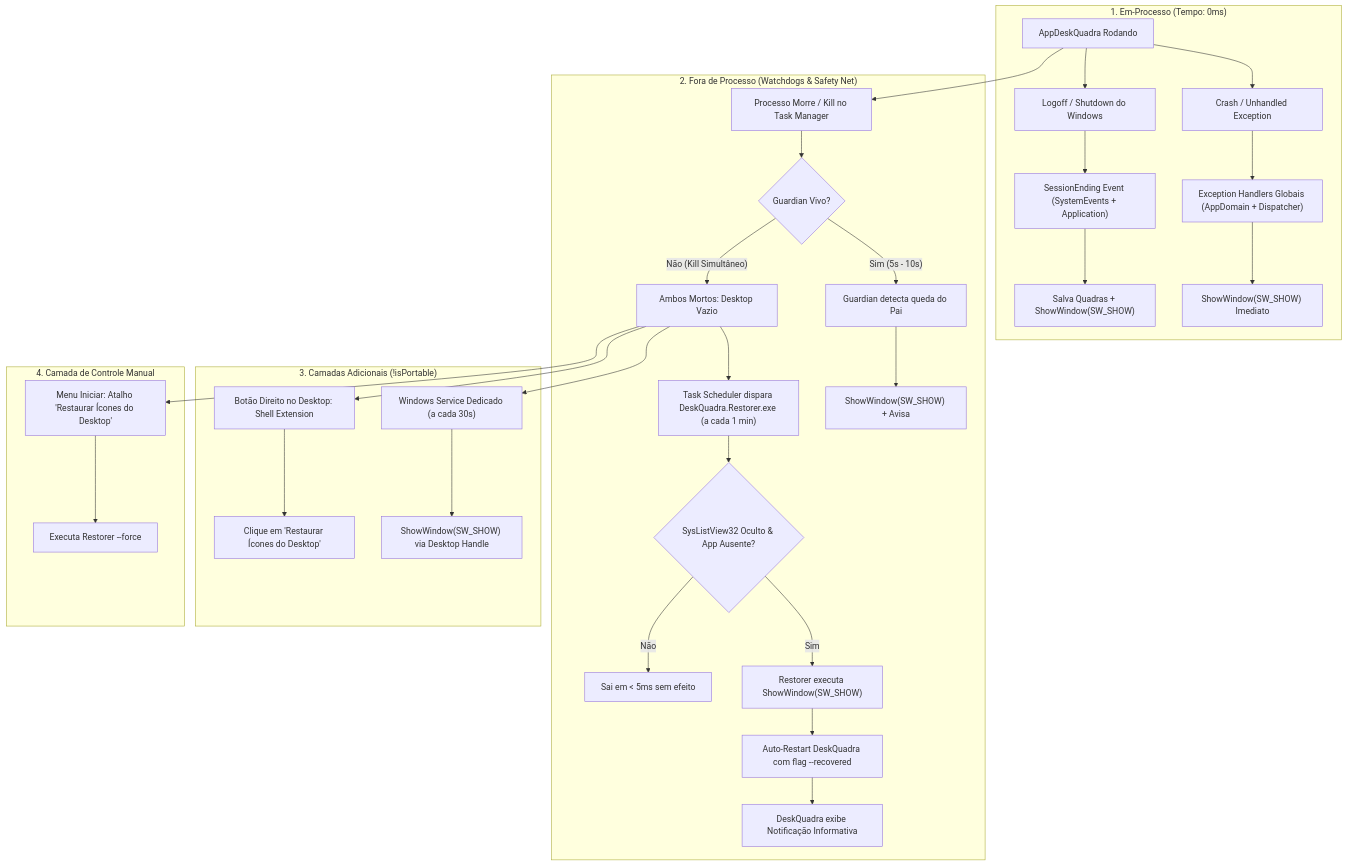
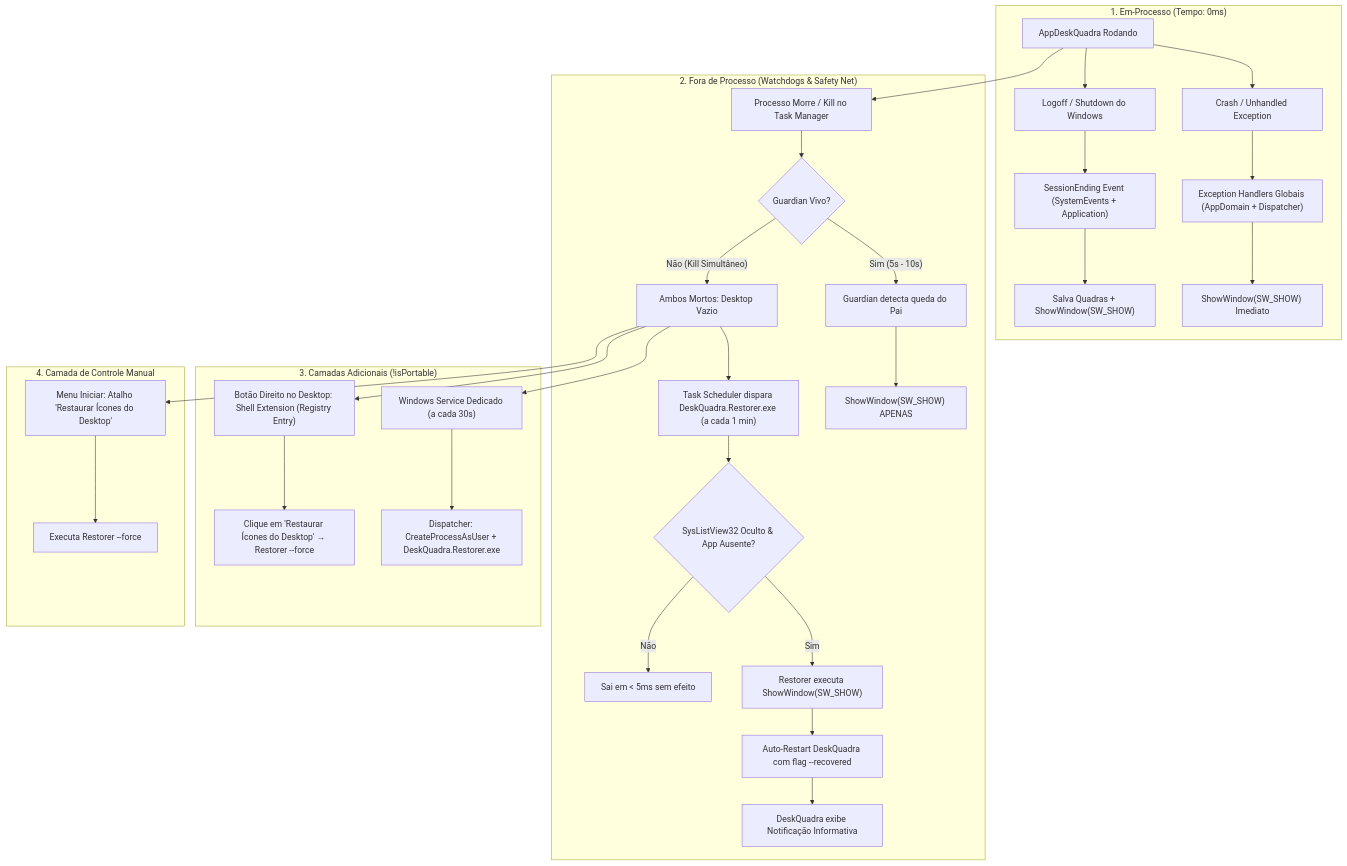
The diagram in docs/PLANO_RESILIENCIA_ICONES_E_SAFETY_NET.md (Theadrill/DeskQuadra), drawn with Mermaid before and after one commit. The commit also changed other lines of this file and 1 other file, not shown here.

````diff
--- a/docs/PLANO_RESILIENCIA_ICONES_E_SAFETY_NET.md
+++ b/docs/PLANO_RESILIENCIA_ICONES_E_SAFETY_NET.md
@@ -70,40 +70,40 @@
 ```mermaid
 flowchart TD
     subgraph Camadas_Em_Processo["1. Em-Processo (Tempo: 0ms)"]
         A["AppDeskQuadra Rodando"] --> B["Crash / Unhandled Exception"]
         B --> C["Exception Handlers Globais (AppDomain + Dispatcher)"]
         C --> R1["ShowWindow(SW_SHOW) Imediato"]
         
         A --> D["Logoff / Shutdown do Windows"]
         D --> E["SessionEnding Event (SystemEvents + Application)"]
         E --> R2["Salva Quadras + ShowWindow(SW_SHOW)"]
     end
 
     subgraph Camadas_Fora_De_Processo["2. Fora de Processo (Watchdogs & Safety Net)"]
         A --> F["Processo Morre / Kill no Task Manager"]
         F --> G{"Guardian Vivo?"}
         G -- "Sim (5s - 10s)" --> H["Guardian detecta queda do Pai"]
-        H --> R3["ShowWindow(SW_SHOW) + Avisa"]
+        H --> R3["ShowWindow(SW_SHOW) APENAS"]
         
         G -- "Não (Kill Simultâneo)" --> I["Ambos Mortos: Desktop Vazio"]
         I --> J["Task Scheduler dispara DeskQuadra.Restorer.exe (a cada 1 min)"]
         J --> K{"SysListView32 Oculto & App Ausente?"}
         K -- "Sim" --> L["Restorer executa ShowWindow(SW_SHOW)"]
         L --> M["Auto-Restart DeskQuadra com flag --recovered"]
         M --> N["DeskQuadra exibe Notificação Informativa"]
         K -- "Não" --> O["Sai em < 5ms sem efeito"]
     end
 
     subgraph Camadas_Instalacao_Completa["3. Camadas Adicionais (!isPortable)"]
         I --> P["Windows Service Dedicado (a cada 30s)"]
-        P --> R4["ShowWindow(SW_SHOW) via Desktop Handle"]
+        P --> R4["Dispatcher: CreateProcessAsUser + DeskQuadra.Restorer.exe"]
         
-        I --> Q["Botão Direito no Desktop: Shell Extension"]
-        Q --> R5["Clique em 'Restaurar Ícones do Desktop'"]
+        I --> Q["Botão Direito no Desktop: Shell Extension (Registry Entry)"]
+        Q --> R5["Clique em 'Restaurar Ícones do Desktop' → Restorer --force"]
     end
 
     subgraph Camada_Manual["4. Camada de Controle Manual"]
         I --> S["Menu Iniciar: Atalho 'Restaurar Ícones do Desktop'"]
         S --> R6["Executa Restorer --force"]
     end
 ```
````
